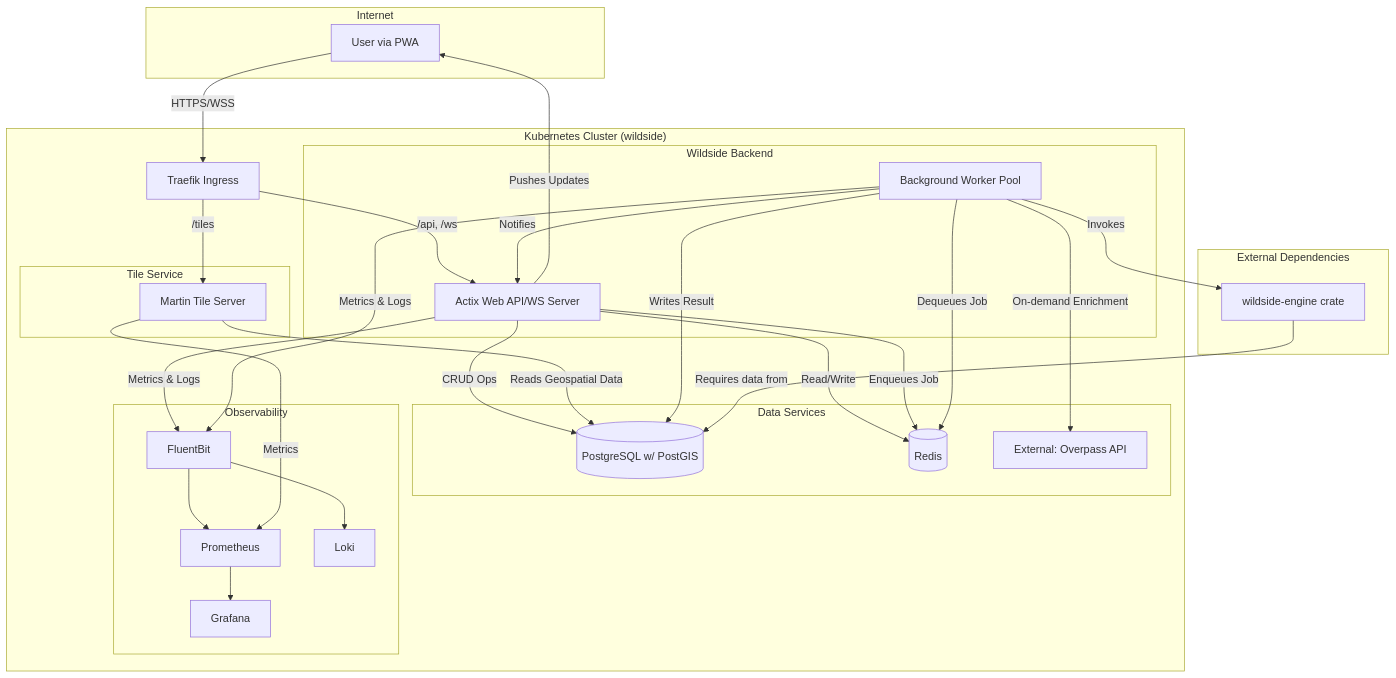
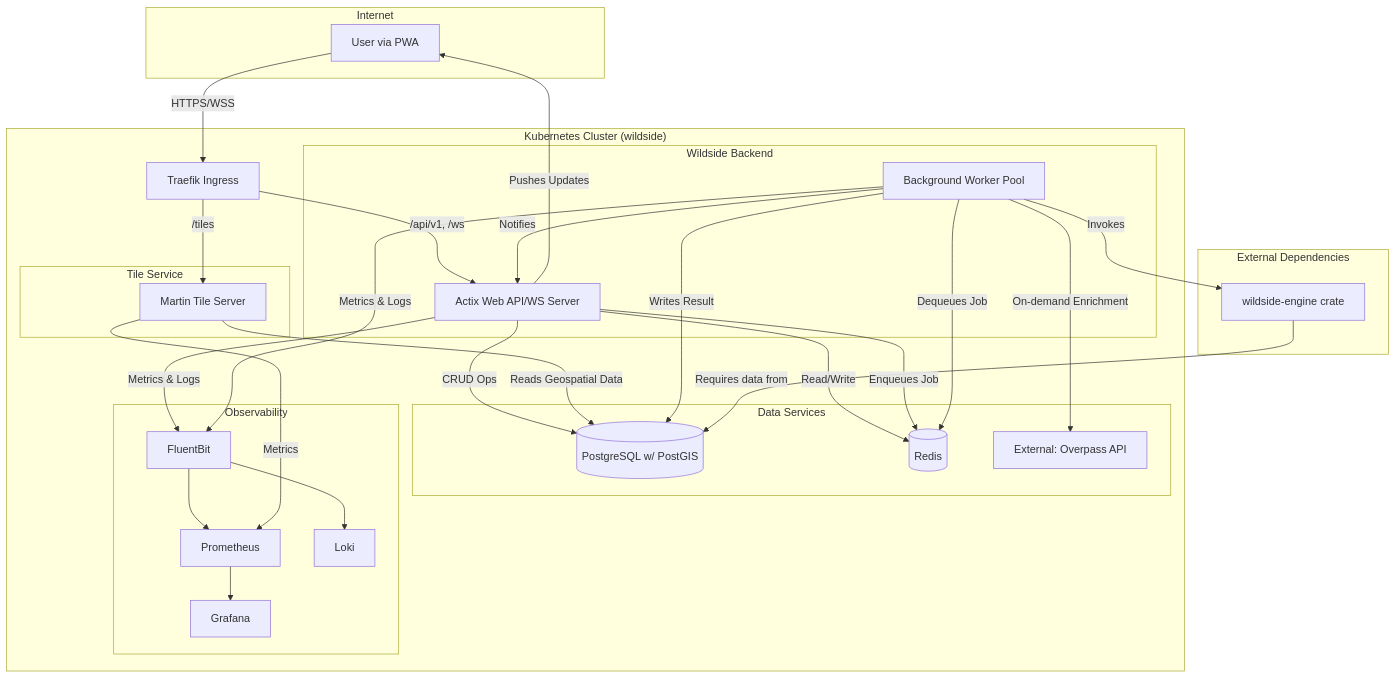
Before and after one commit to leynos/wildside: the first of 4 diagrams in docs/wildside-backend-design.md, drawn with Mermaid. The commit also changed other lines of this file and 4 other files, not shown here.

````diff
--- a/docs/wildside-backend-design.md
+++ b/docs/wildside-backend-design.md
@@ -27,55 +27,55 @@
 ```mermaid
 graph TD
     subgraph "Internet"
         User[User via PWA]
     end
 
     subgraph "Kubernetes Cluster (wildside)"
         Ingress[Traefik Ingress]
 
         subgraph "Wildside Backend"
             API[Actix Web API/WS Server]
             Worker[Background Worker Pool]
         end
 
         subgraph "Tile Service"
             Martin[Martin Tile Server]
         end
 
         subgraph "Data Services"
             DB[(PostgreSQL w/ PostGIS)]
             Cache[(Redis)]
             ExternalAPI[External: Overpass API]
         end
 
         subgraph "Observability"
             Prometheus --> Grafana
             API -- Metrics & Logs --> FluentBit --> Loki & Prometheus
             Worker -- Metrics & Logs --> FluentBit
             Martin -- Metrics --> Prometheus
         end
     end
 
     subgraph "External Dependencies"
         EngineLib[wildside-engine crate]
     end
 
     User -- HTTPS/WSS --> Ingress
-    Ingress -- /api, /ws --> API
+    Ingress -- /api/v1, /ws --> API
     Ingress -- /tiles --> Martin
 
     API -- CRUD Ops --> DB
     API -- Read/Write --> Cache
     API -- Enqueues Job --> Cache
     API -- Pushes Updates --> User
 
     Martin -- Reads Geospatial Data --> DB
 
     Worker -- Dequeues Job --> Cache
     Worker -- Invokes --> EngineLib
     Worker -- Writes Result --> DB
     Worker -- Notifies --> API
     Worker -- On-demand Enrichment --> ExternalAPI
 
     EngineLib -- Requires data from --> DB
 ```
````
